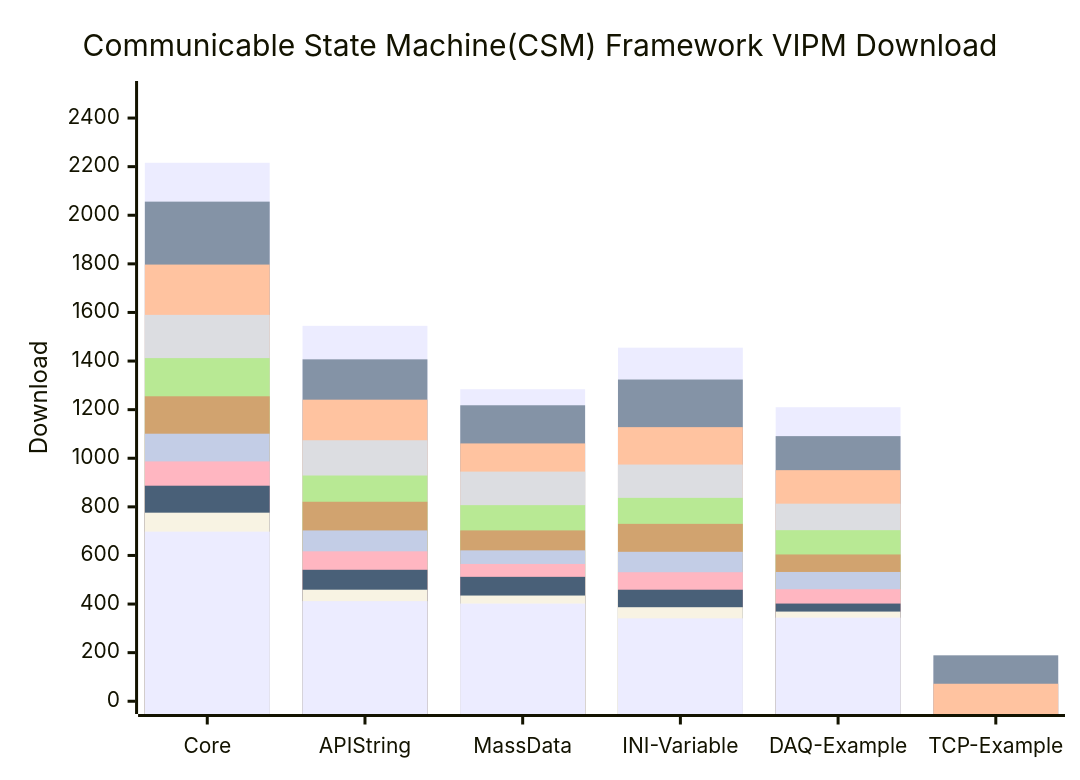
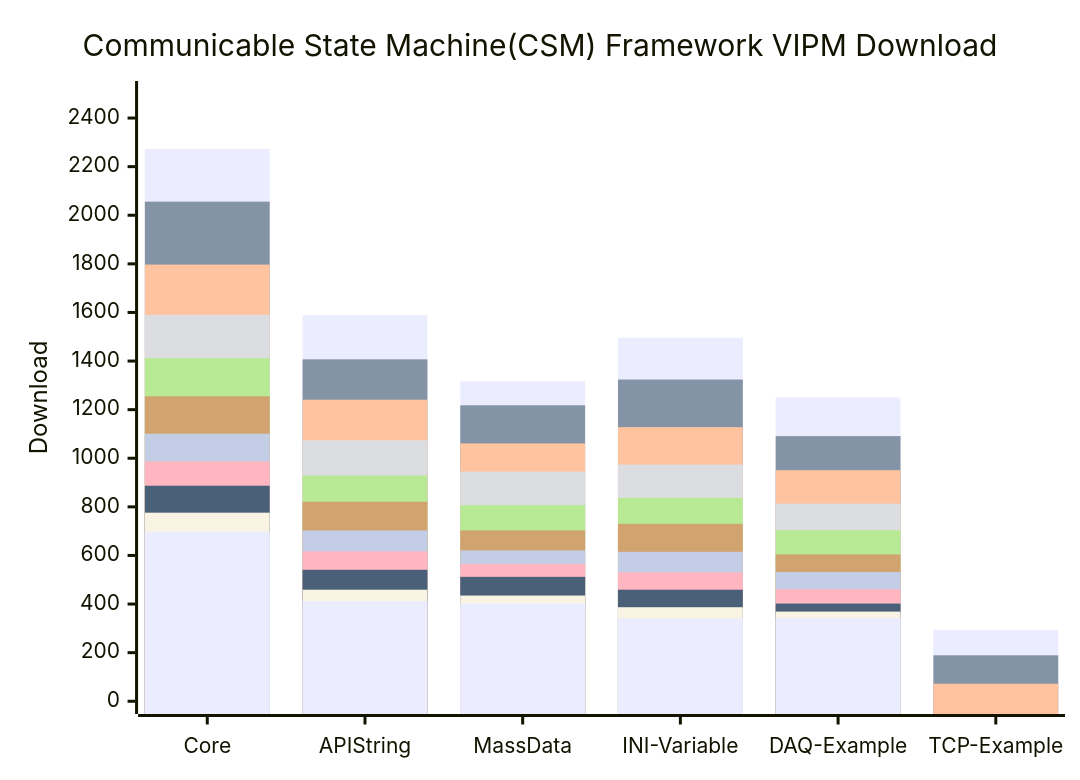
Before and after one commit to NEVSTOP-LAB/.github: the diagram in profile/README.md, drawn with Mermaid.

````diff
--- a/profile/README.md
+++ b/profile/README.md
@@ -31,17 +31,17 @@
 ```mermaid
     xychart-beta
     title "Communicable State Machine(CSM) Framework VIPM Download"
     x-axis [Core, API String, MassData, INI-Variable, DAQ-Example, TCP-Example]
     y-axis "Download" 0 --> 2500
-    bar   [2216, 1545, 1284, 1455, 1210, 169]
+    bar   [2273, 1589, 1317, 1496, 1250, 294]
     bar   [2056, 1407, 1218, 1324, 1091, 189]
     bar   [1797, 1241, 1061, 1128, 951, 72]
     bar   [1590, 1074, 945, 974, 813]
     bar   [1412, 929, 807, 837, 704]
     bar   [1255, 821, 703, 730, 604]
     bar   [1101, 703, 621, 615, 532]
     bar   [987, 617, 565, 531, 461]
     bar   [887, 541, 512, 459, 402]
     bar   [776, 459, 435, 387, 369]
     bar   [698, 412, 402, 341, 344]
 ```
````
